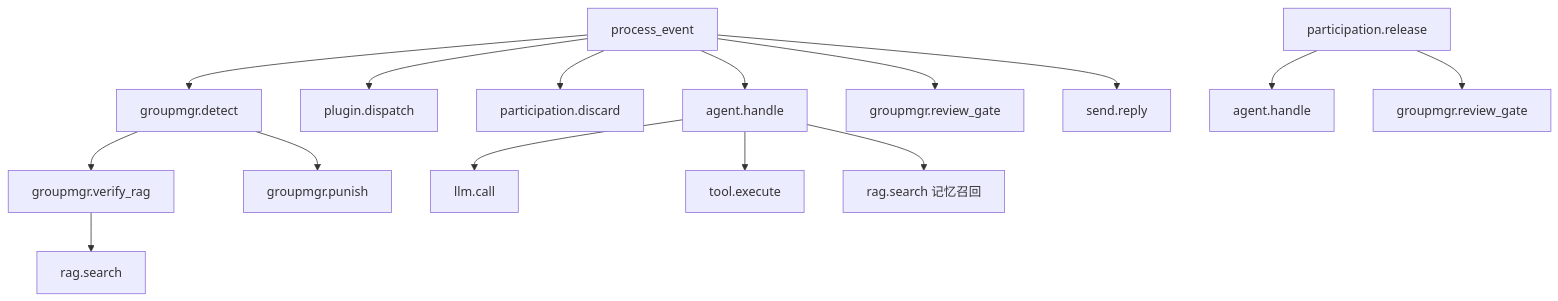
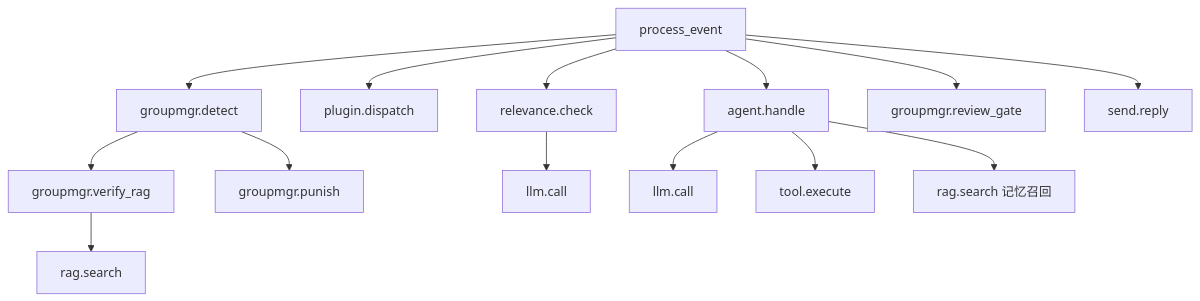
The second of 3 diagrams in docs/observability.md (TuF3i/JuanNiang-Neo), drawn with Mermaid before and after one commit. The commit also changed other lines of this file and 38 other files, not shown here.

````diff
--- a/docs/observability.md
+++ b/docs/observability.md
@@ -200,17 +197,16 @@
 ```mermaid
 graph TD
     P[process_event] --> GM[groupmgr.detect]
     GM --> VR[groupmgr.verify_rag]
     VR --> RS[rag.search]
     GM --> PR[groupmgr.punish]
     P --> PD[plugin.dispatch]
-    P --> PD2[participation.discard]
+    P --> RC[relevance.check]
+    RC --> LC[llm.call]
     P --> AH[agent.handle]
     AH --> LC2[llm.call]
     AH --> TE[tool.execute]
     AH --> SR[rag.search 记忆召回]
     P --> RG[groupmgr.review_gate]
     P --> SP[send.reply]
-    R[participation.release] --> RAH[agent.handle]
-    R --> RGM[groupmgr.review_gate]
 ```
````
